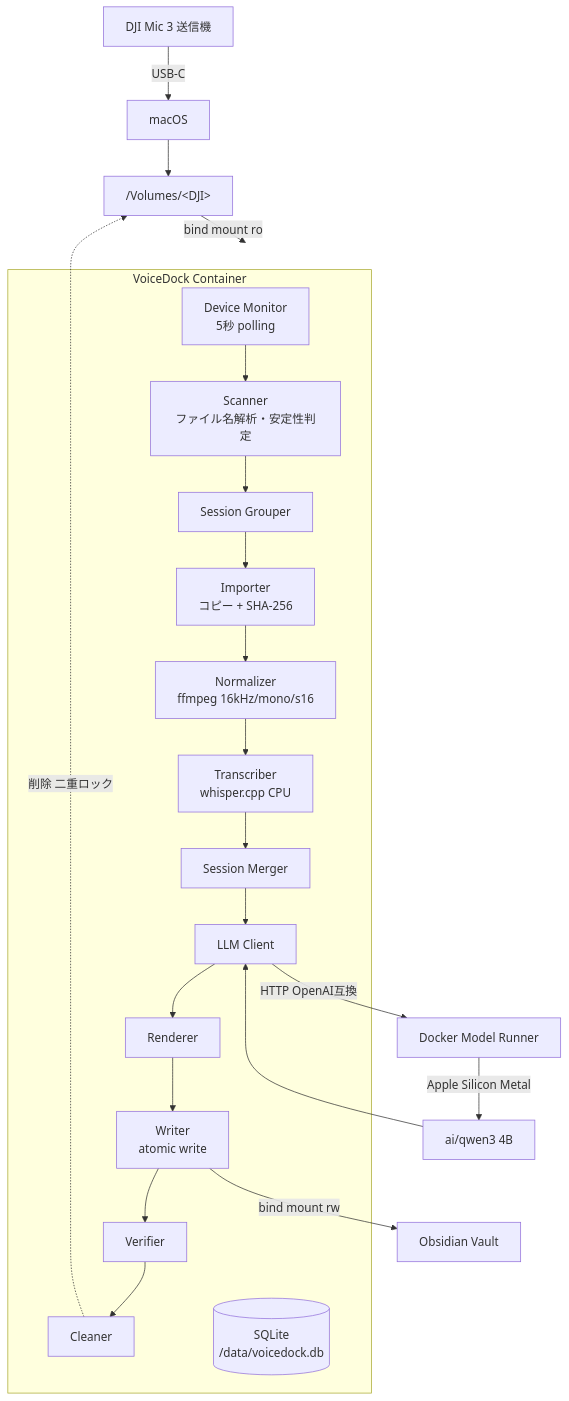
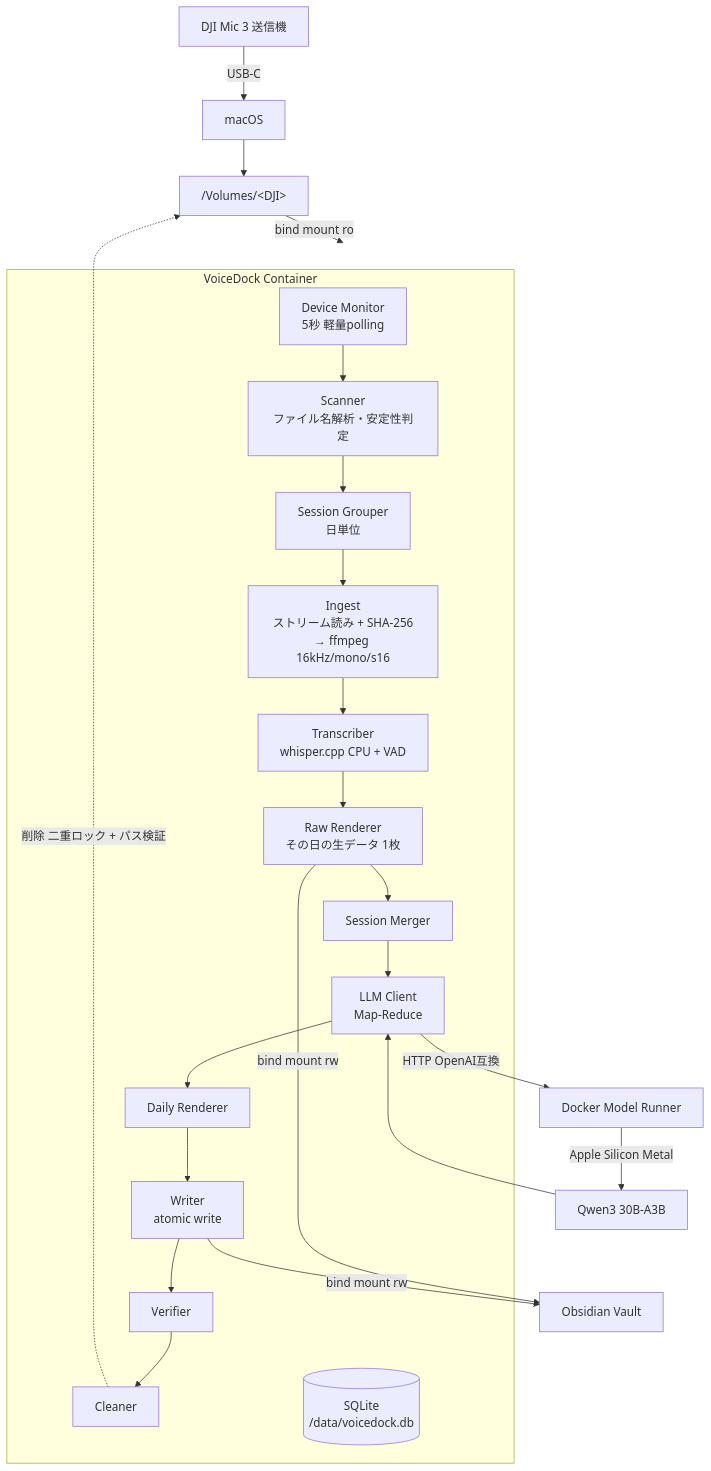
Before and after one commit to shinsuke-terada/voicedock: the first of 3 diagrams in docs/SPEC.md, drawn with Mermaid. The commit also changed other lines of this file and 1 other file, not shown here.

````diff
--- a/docs/SPEC.md
+++ b/docs/SPEC.md
@@ -257,27 +273,28 @@
 ```mermaid
 flowchart TD
     A[DJI Mic 3 送信機] -->|USB-C| B[macOS]
     B --> C["/Volumes/&lt;DJI&gt;"]
     C -->|bind mount ro| D[VoiceDock Container]
 
     subgraph D[VoiceDock Container]
-        E[Device Monitor<br/>5秒 polling] --> F[Scanner<br/>ファイル名解析・安定性判定]
-        F --> G[Session Grouper]
-        G --> H[Importer<br/>コピー + SHA-256]
-        H --> I[Normalizer<br/>ffmpeg 16kHz/mono/s16]
-        I --> J[Transcriber<br/>whisper.cpp CPU]
+        E[Device Monitor<br/>5秒 軽量polling] --> F[Scanner<br/>ファイル名解析・安定性判定]
+        F --> G[Session Grouper<br/>日単位]
+        G --> H[Ingest<br/>ストリーム読み + SHA-256<br/>→ ffmpeg 16kHz/mono/s16]
+        H --> I[Transcriber<br/>whisper.cpp CPU + VAD]
+        I --> J[Raw Renderer<br/>その日の生データ 1枚]
         J --> K[Session Merger]
-        K --> L[LLM Client]
-        M[Renderer] --> N[Writer<br/>atomic write]
+        K --> L[LLM Client<br/>Map-Reduce]
+        L --> M[Daily Renderer]
+        M --> N[Writer<br/>atomic write]
         N --> O[Verifier]
         O --> P[Cleaner]
         Q[(SQLite<br/>/data/voicedock.db)]
     end
 
     L -->|HTTP OpenAI互換| R[Docker Model Runner]
-    R -->|Apple Silicon Metal| S[ai/qwen3 4B]
+    R -->|Apple Silicon Metal| S[Qwen3 30B-A3B]
     S --> L
-    L --> M
-    N -->|bind mount rw| T[Obsidian Vault]
-    P -.->|削除 二重ロック| C
+    J -->|bind mount rw| T[Obsidian Vault]
+    N -->|bind mount rw| T
+    P -.->|削除 二重ロック + パス検証| C
 ```
````
